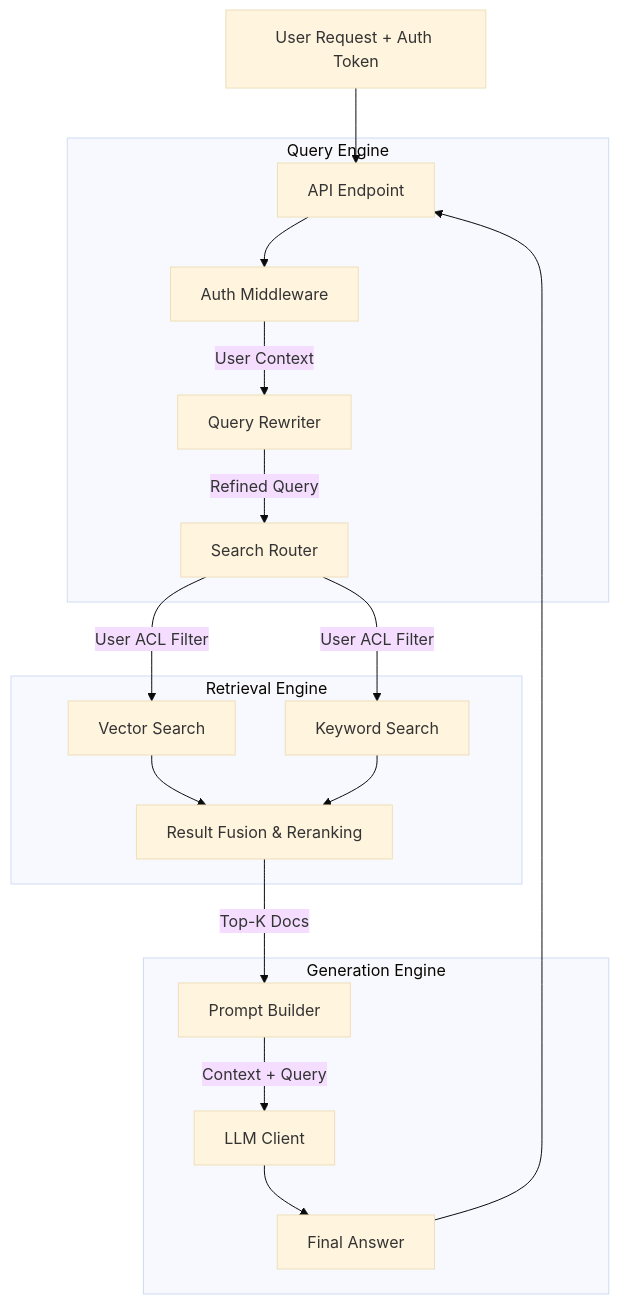
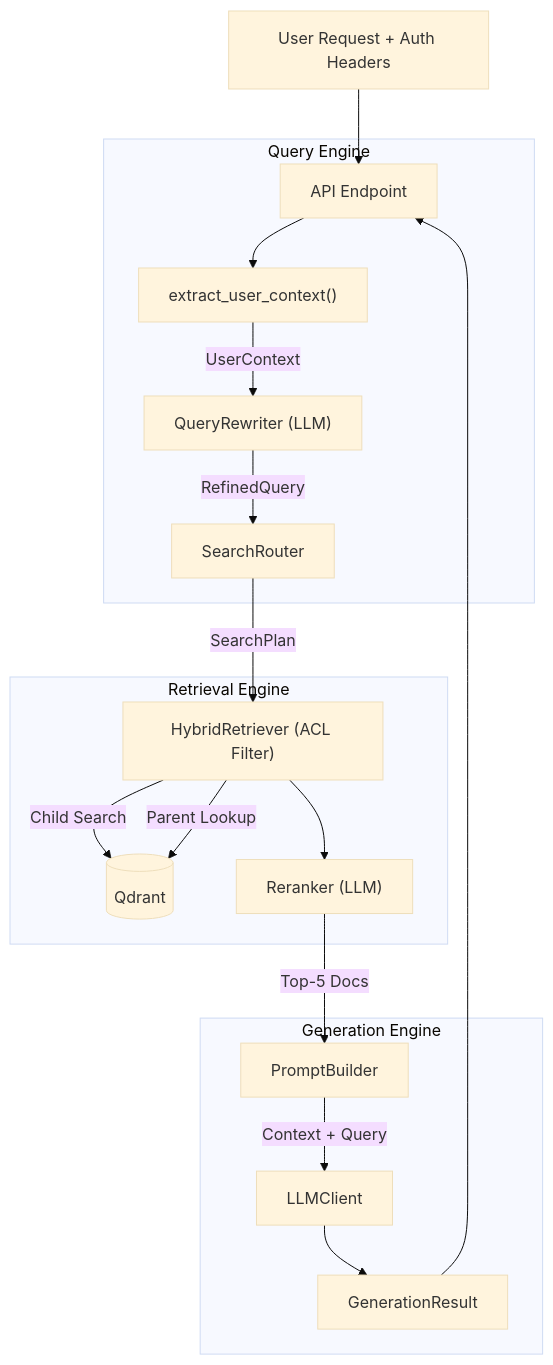
One commit to end-2/search changed the second of 2 diagrams in docs/design.md. Above: the diagram before and after it, drawn with Mermaid (base theme). The commit also changed other lines of this file and 54 other files, not shown here.

````diff
--- a/docs/design.md
+++ b/docs/design.md
@@ -98,24 +122,25 @@
 ```mermaid
 graph TD
-    User[User Request + Auth Token] --> API[API Endpoint]
-    
+    User[User Request + Auth Headers] --> API[API Endpoint]
+
     subgraph "Query Engine"
-        API --> Auth[Auth Middleware]
-        Auth -->|User Context| Rewriter[Query Rewriter]
-        Rewriter -->|Refined Query| Router[Search Router]
+        API --> Auth["extract_user_context()"]
+        Auth -->|UserContext| Rewriter["QueryRewriter (LLM)"]
+        Rewriter -->|RefinedQuery| Router[SearchRouter]
     end
-    
+
     subgraph "Retrieval Engine"
-        Router -->|User ACL Filter| VecSearch[Vector Search]
-        Router -->|User ACL Filter| KwSearch[Keyword Search]
-        VecSearch & KwSearch --> Fusion[Result Fusion & Reranking]
+        Router -->|SearchPlan| Hybrid["HybridRetriever (ACL Filter)"]
+        Hybrid -->|Child Search| Qdrant[(Qdrant)]
+        Hybrid -->|Parent Lookup| Qdrant
+        Hybrid --> Reranker["Reranker (LLM)"]
     end
-    
+
     subgraph "Generation Engine"
-        Fusion -->|Top-K Docs| PromptB[Prompt Builder]
-        PromptB -->|Context + Query| LLM[LLM Client]
-        LLM --> Answer[Final Answer]
+        Reranker -->|Top-5 Docs| PromptB[PromptBuilder]
+        PromptB -->|Context + Query| LLM[LLMClient]
+        LLM --> Answer[GenerationResult]
     end
-    
+
     Answer --> API
 ```
````
